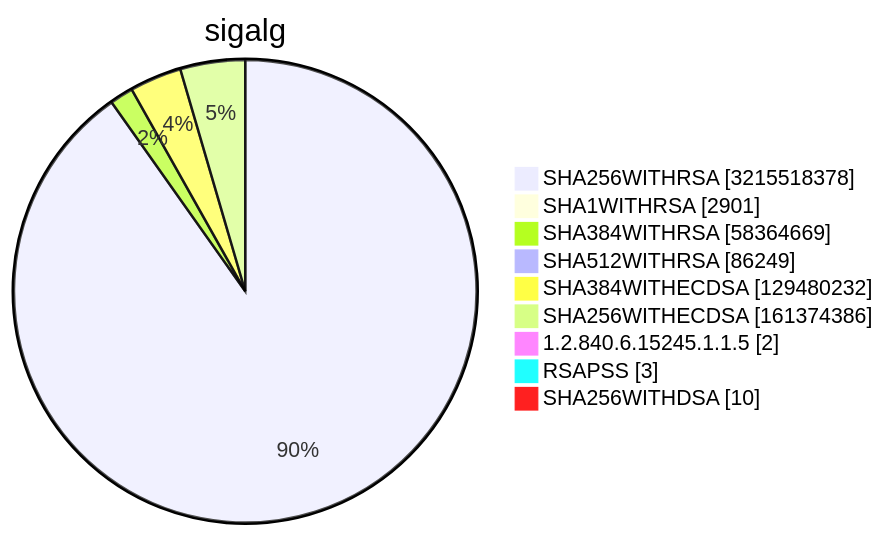
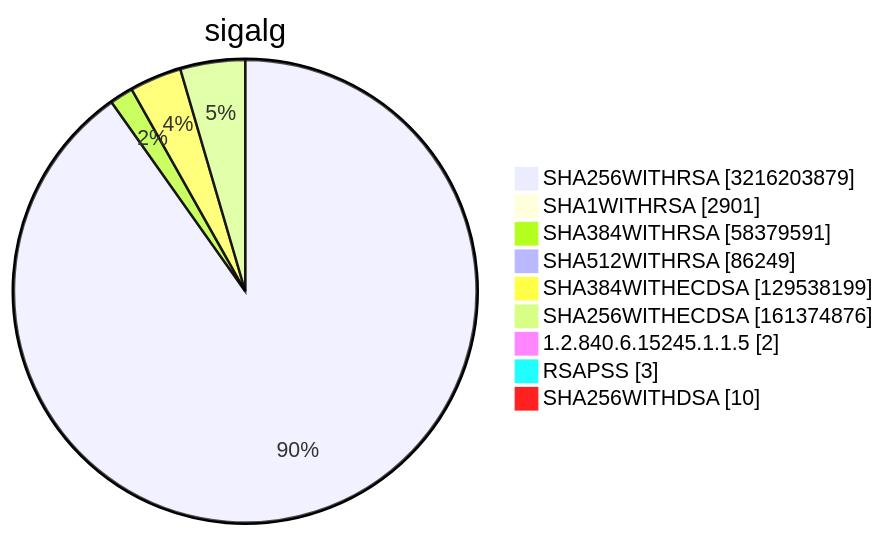
Before and after one commit to christiankrug/ctmonitor_visualization: diagram 15 of 15 in TOTAL/README.md, drawn with Mermaid. The commit also changed other lines of this file, not shown here.

````diff
--- a/TOTAL/README.md
+++ b/TOTAL/README.md
@@ -6217,13 +6217,13 @@
 ```mermaid
 pie showData
 title sigalg
-"SHA256WITHRSA" :3215518378
+"SHA256WITHRSA" :3216203879
 "SHA1WITHRSA" :2901
-"SHA384WITHRSA" :58364669
+"SHA384WITHRSA" :58379591
 "SHA512WITHRSA" :86249
-"SHA384WITHECDSA" :129480232
-"SHA256WITHECDSA" :161374386
+"SHA384WITHECDSA" :129538199
+"SHA256WITHECDSA" :161374876
 "1.2.840.6.15245.1.1.5" :2
 "RSAPSS" :3
 "SHA256WITHDSA" :10
 ```
````
